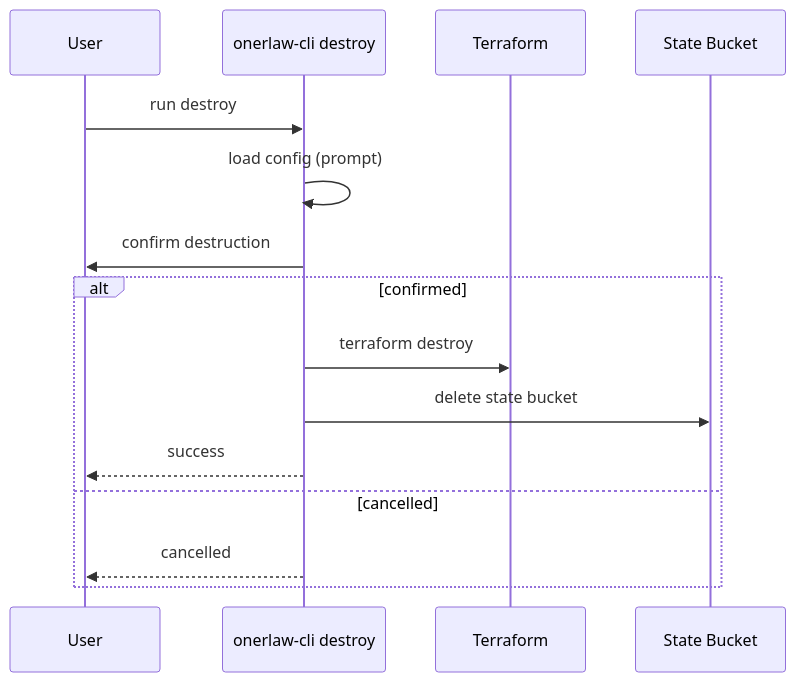
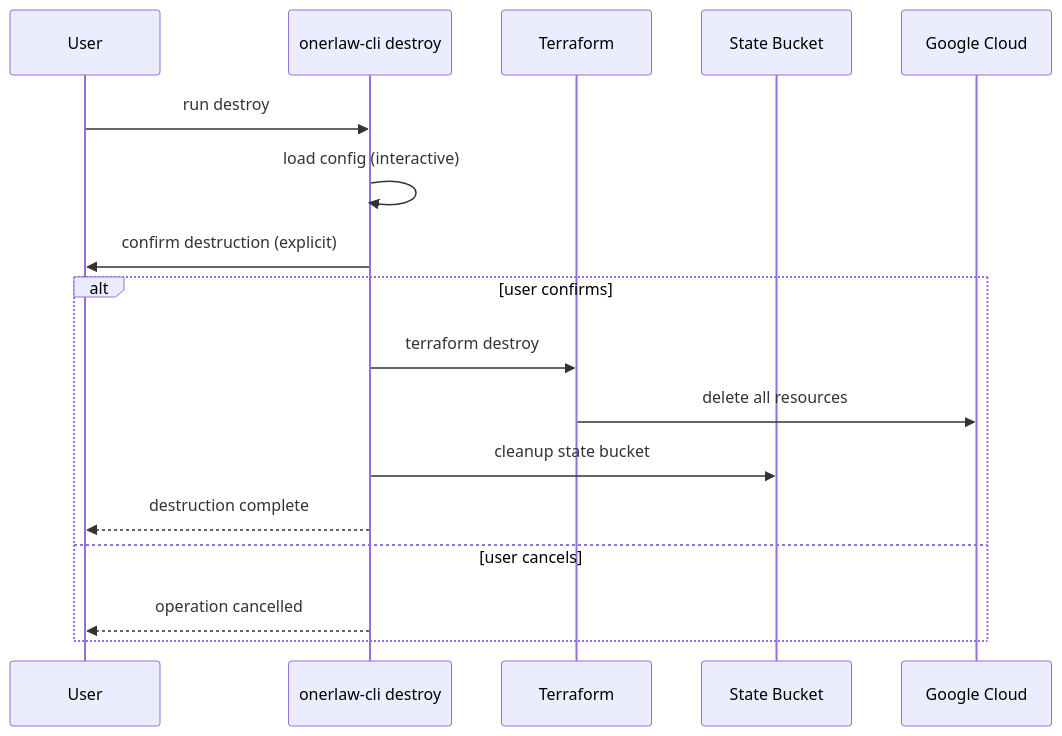
Before and after one commit to honerlaw/onerlaw-cli: the third of 3 diagrams in README.md, drawn with Mermaid. The commit also changed other lines of this file and 2 other files, not shown here.

````diff
--- a/README.md
+++ b/README.md
@@ -119,17 +240,19 @@
 ```mermaid
 sequenceDiagram
     participant U as User
     participant CLI as onerlaw-cli destroy
     participant TF as Terraform
     participant GCS as State Bucket
+    participant GCP as Google Cloud
     U->>CLI: run destroy
-    CLI->>CLI: load config (prompt)
-    CLI->>U: confirm destruction
-    alt confirmed
+    CLI->>CLI: load config (interactive)
+    CLI->>U: confirm destruction (explicit)
+    alt user confirms
       CLI->>TF: terraform destroy
-      CLI->>GCS: delete state bucket
-      CLI-->>U: success
-    else cancelled
-      CLI-->>U: cancelled
+      TF->>GCP: delete all resources
+      CLI->>GCS: cleanup state bucket
+      CLI-->>U: destruction complete
+    else user cancels
+      CLI-->>U: operation cancelled
     end
 ```
````
